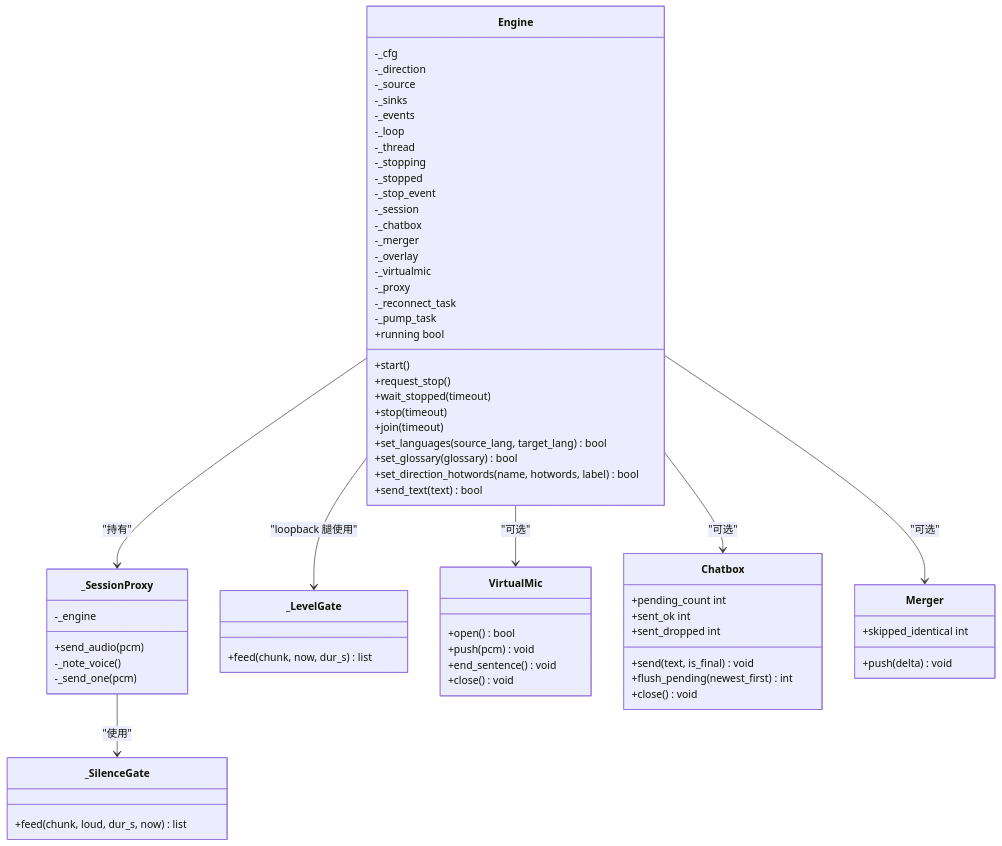
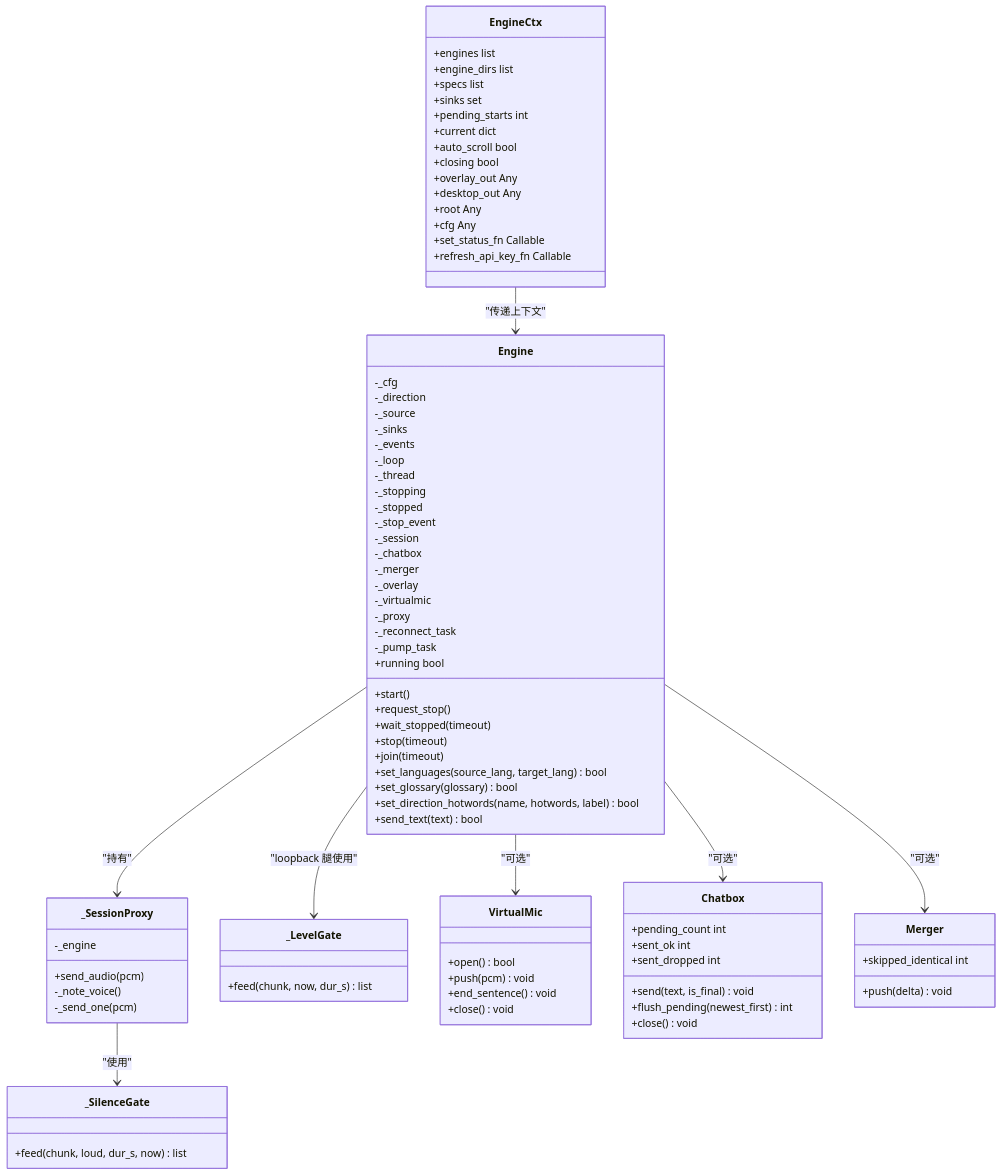
Before and after one commit to EMeowAGENT/vrchat-livetranslate: the second of 9 diagrams in .qoder/repowiki/zh/content/核心引擎架构/引擎生命周期管理.md, drawn with Mermaid. The commit also changed other lines of this file and 75 other files, not shown here.

````diff
--- a/.qoder/repowiki/zh/content/核心引擎架构/引擎生命周期管理.md
+++ b/.qoder/repowiki/zh/content/核心引擎架构/引擎生命周期管理.md
@@ -94,6 +111,22 @@
 +set_glossary(glossary) bool
 +set_direction_hotwords(name, hotwords, label) bool
 +send_text(text) bool
+}
+class EngineCtx {
++engines list
++engine_dirs list
++specs list
++sinks set
++pending_starts int
++current dict
++auto_scroll bool
++closing bool
++overlay_out Any
++desktop_out Any
++root Any
++cfg Any
++set_status_fn Callable
++refresh_api_key_fn Callable
 }
 class _SessionProxy {
 -_engine
@@ -131,4 +164,5 @@
 Engine --> VirtualMic : "可选"
 _SessionProxy --> _SilenceGate : "使用"
 Engine --> _LevelGate : "loopback 腿使用"
+EngineCtx --> Engine : "传递上下文"
 ```
````
